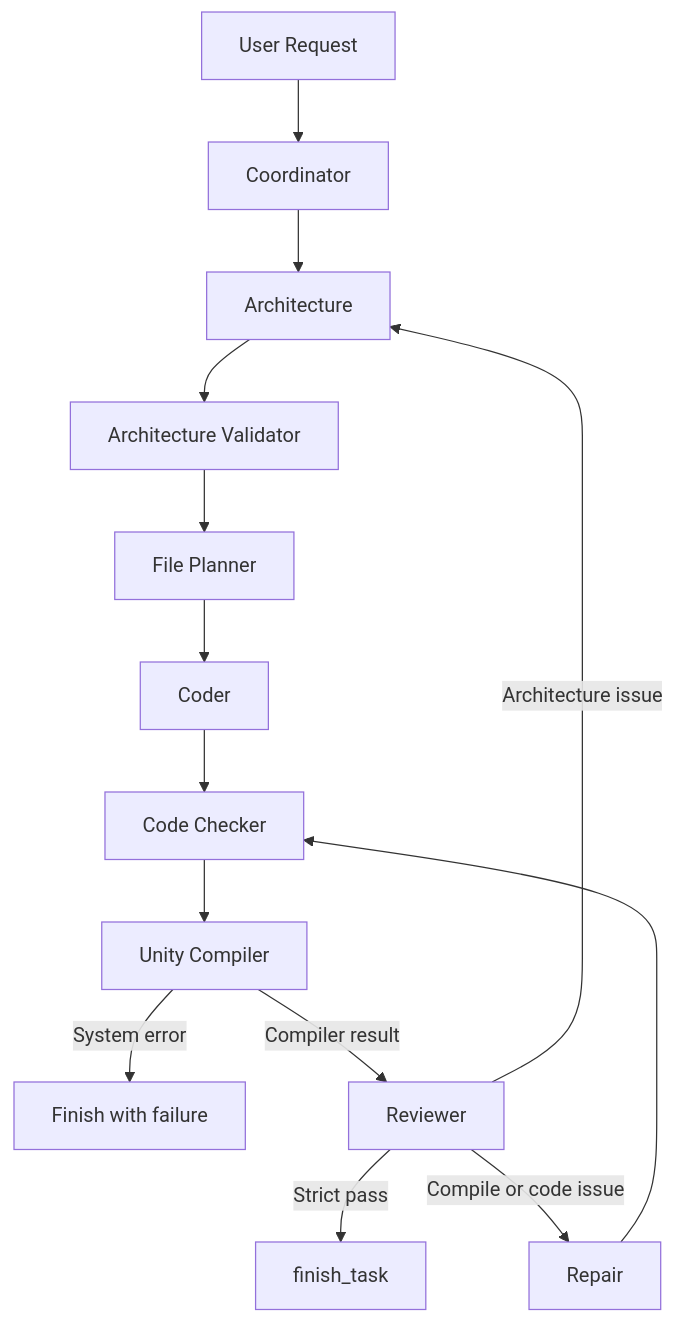
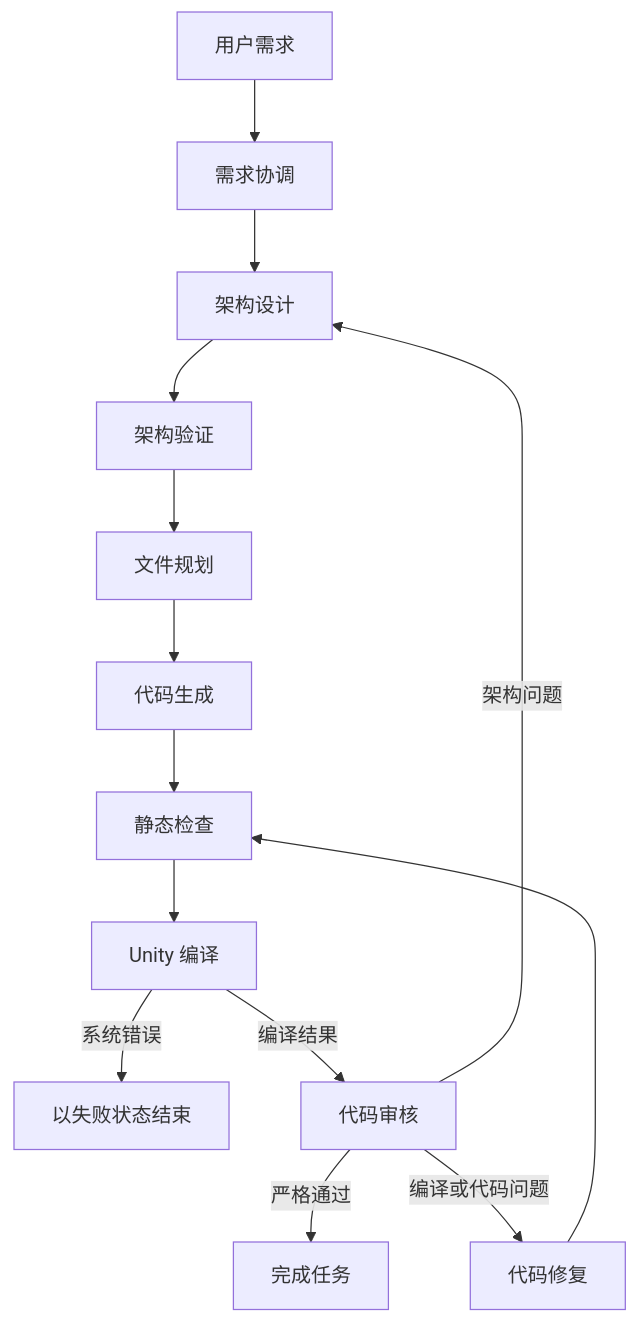
Before and after one commit to MaddieMo1/LangGraph-Coding-Agent: the diagram in README.md, drawn with Mermaid. The commit also changed other lines of this file and 1 other file, not shown here.

````diff
--- a/README.md
+++ b/README.md
@@ -73,16 +73,16 @@
 ```mermaid
 flowchart TD
-    A[User Request] --> B[Coordinator]
-    B --> C[Architecture]
-    C --> D[Architecture Validator]
-    D --> E[File Planner]
-    E --> F[Coder]
-    F --> G[Code Checker]
-    G --> H[Unity Compiler]
-    H -->|System error| Z[Finish with failure]
-    H -->|Compiler result| I[Reviewer]
-    I -->|Strict pass| J[finish_task]
-    I -->|Compile or code issue| K[Repair]
-    I -->|Architecture issue| C
+    A[用户需求] --> B[需求协调]
+    B --> C[架构设计]
+    C --> D[架构验证]
+    D --> E[文件规划]
+    E --> F[代码生成]
+    F --> G[静态检查]
+    G --> H[Unity 编译]
+    H -->|系统错误| Z[以失败状态结束]
+    H -->|编译结果| I[代码审核]
+    I -->|严格通过| J[完成任务]
+    I -->|编译或代码问题| K[代码修复]
+    I -->|架构问题| C
     K --> G
 ```
````
